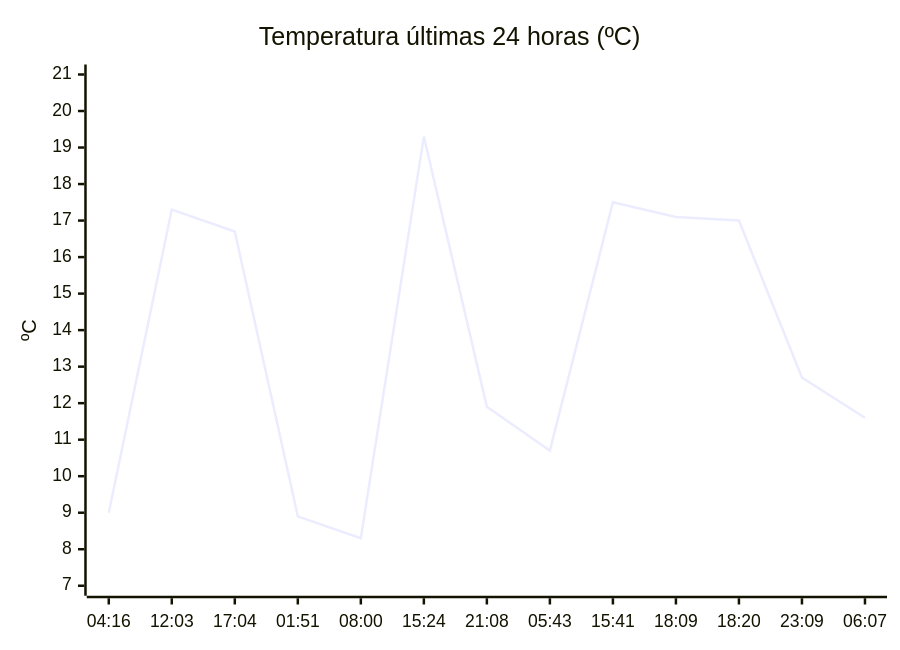
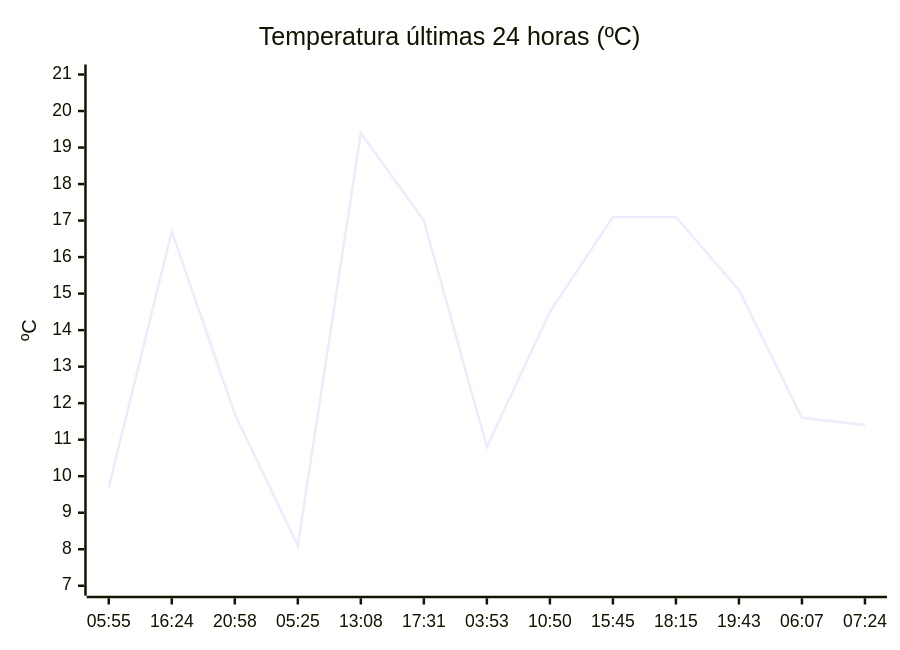
Before and after one commit to solidsnk86/rem-scrap: the diagram in README.md, drawn with Mermaid. The commit also changed other lines of this file, not shown here.

````diff
--- a/README.md
+++ b/README.md
@@ -32,7 +28,7 @@
 ```mermaid
 xychart-beta
     title "Temperatura últimas 24 horas (ºC)"
-    x-axis ["04:16", "12:03", "17:04", "01:51", "08:00", "15:24", "21:08", "05:43", "15:41", "18:09", "18:20", "23:09", "06:07"]
+    x-axis ["05:55", "16:24", "20:58", "05:25", "13:08", "17:31", "03:53", "10:50", "15:45", "18:15", "19:43", "06:07", "07:24"]
     y-axis "ºC" 7 --> 21
-    line [9, 17.3, 16.7, 8.9, 8.3, 19.3, 11.9, 10.7, 17.5, 17.1, 17, 12.7, 11.6]
+    line [9.7, 16.7, 11.7, 8.1, 19.4, 17, 10.8, 14.5, 17.1, 17.1, 15.1, 11.6, 11.4]
 ```
````
